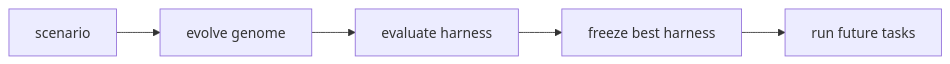
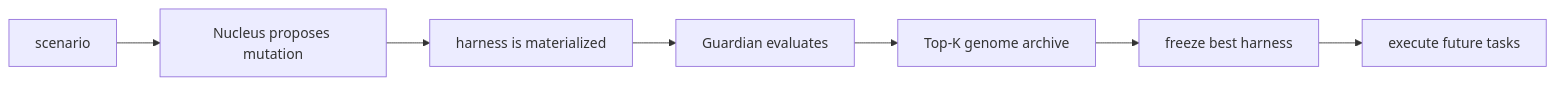
The diagram in README.md (TUe-Ray/stem_agent), drawn with Mermaid before and after one commit. The commit also changed other lines of this file and 16 other files, not shown here.

````diff
--- a/README.md
+++ b/README.md
@@ -9,7 +88,9 @@
 ```mermaid
 flowchart LR
-  A["scenario"] --> B["evolve genome"]
-  B --> C["evaluate harness"]
-  C --> D["freeze best harness"]
-  D --> E["run future tasks"]
+  A["scenario"] --> B["Nucleus proposes mutation"]
+  B --> C["harness is materialized"]
+  C --> D["Guardian evaluates"]
+  D --> E["Top-K genome archive"]
+  E --> F["freeze best harness"]
+  F --> G["execute future tasks"]
 ```
````
